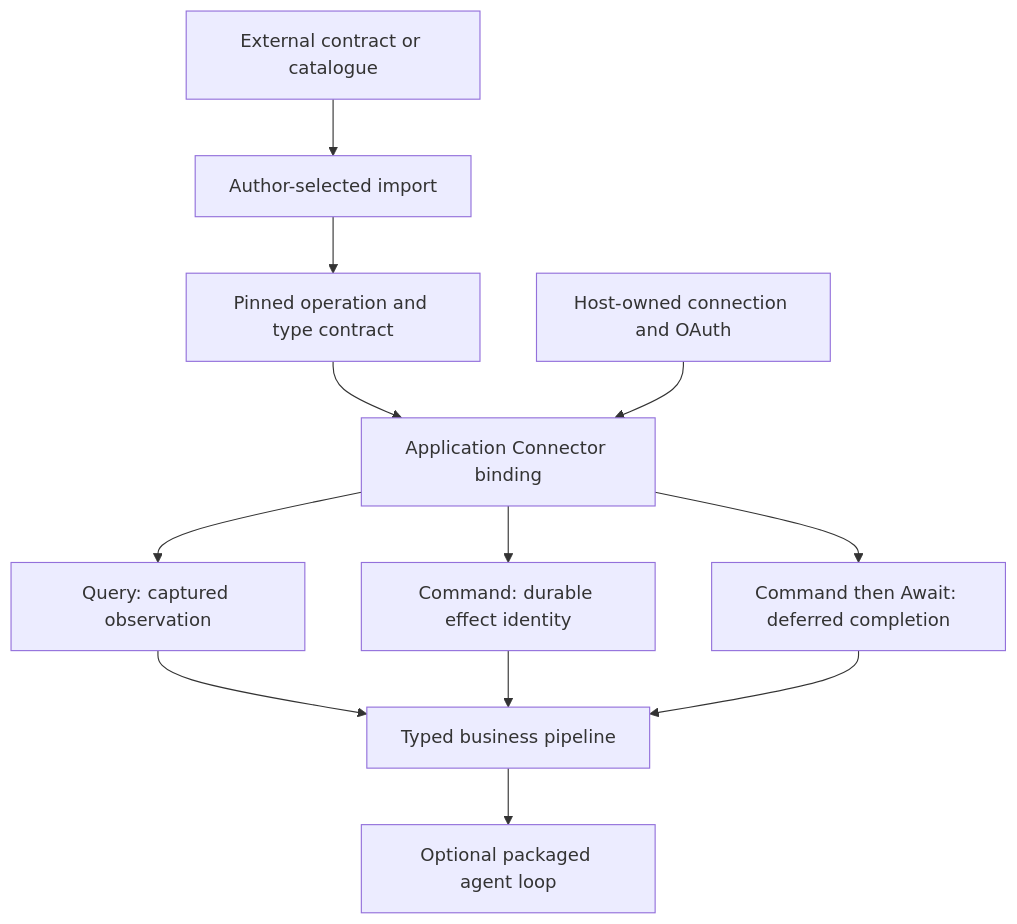
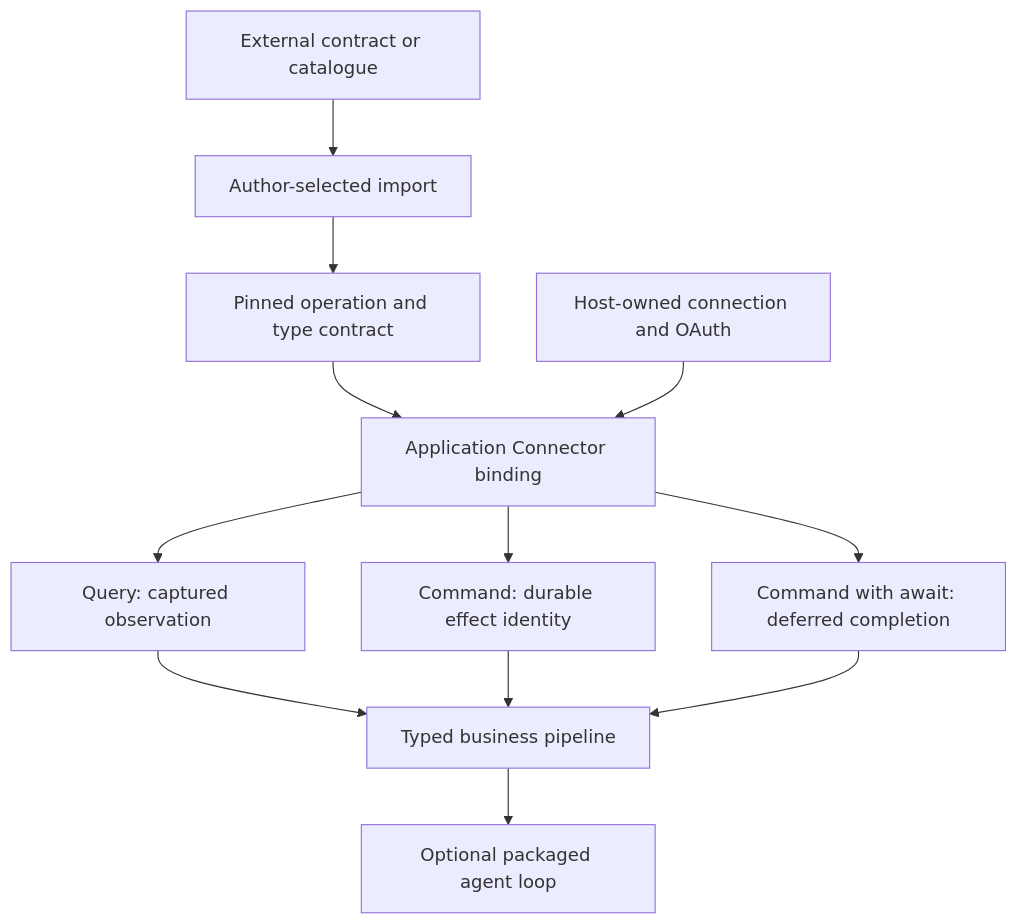
Before and after one commit to The-Pipeline-Framework/pipelineframework: the first of 2 diagrams in docs/value/saas-integration.md, drawn with Mermaid. The commit also changed other lines of this file and 11 other files, not shown here.

Commit message:
docs: promote OpenAPI deferred completion

````diff
--- a/docs/value/saas-integration.md
+++ b/docs/value/saas-integration.md
@@ -23,14 +23,14 @@
 ```mermaid
 flowchart TB
     D[External contract or catalogue] --> I[Author-selected import]
     I --> K[Pinned operation and type contract]
     K --> B[Application Connector binding]
     H[Host-owned connection and OAuth] --> B
     B --> Q[Query: captured observation]
     B --> C[Command: durable effect identity]
-    B --> A[Command then Await: deferred completion]
+    B --> A[Command with await: deferred completion]
     Q --> P[Typed business pipeline]
     C --> P
     A --> P
     P --> X[Optional packaged agent loop]
 ```
````
